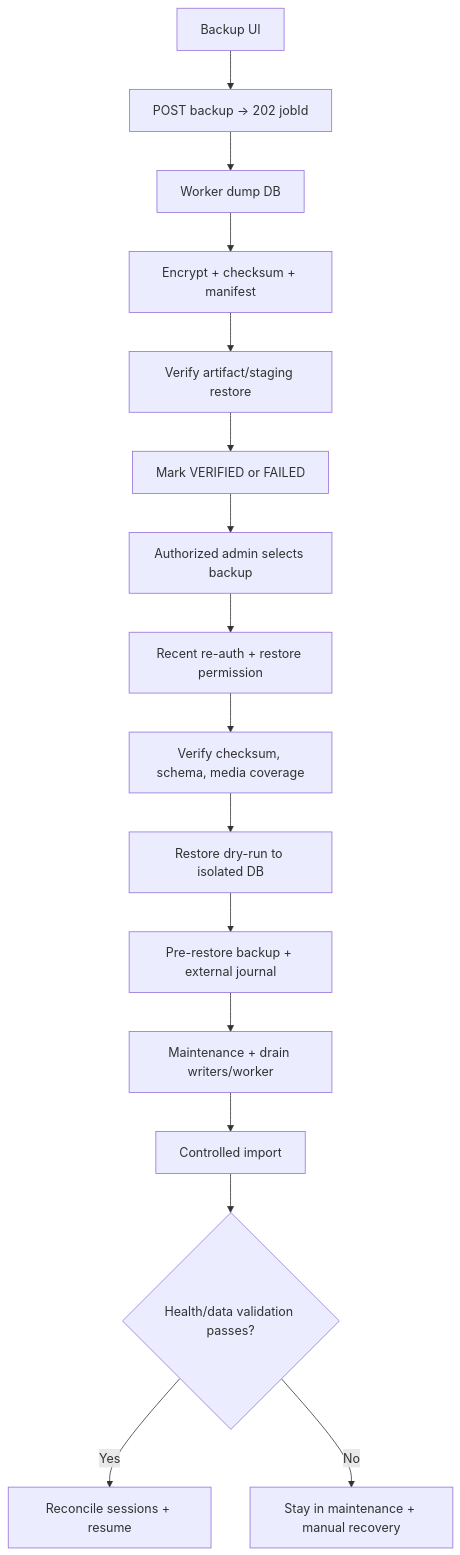
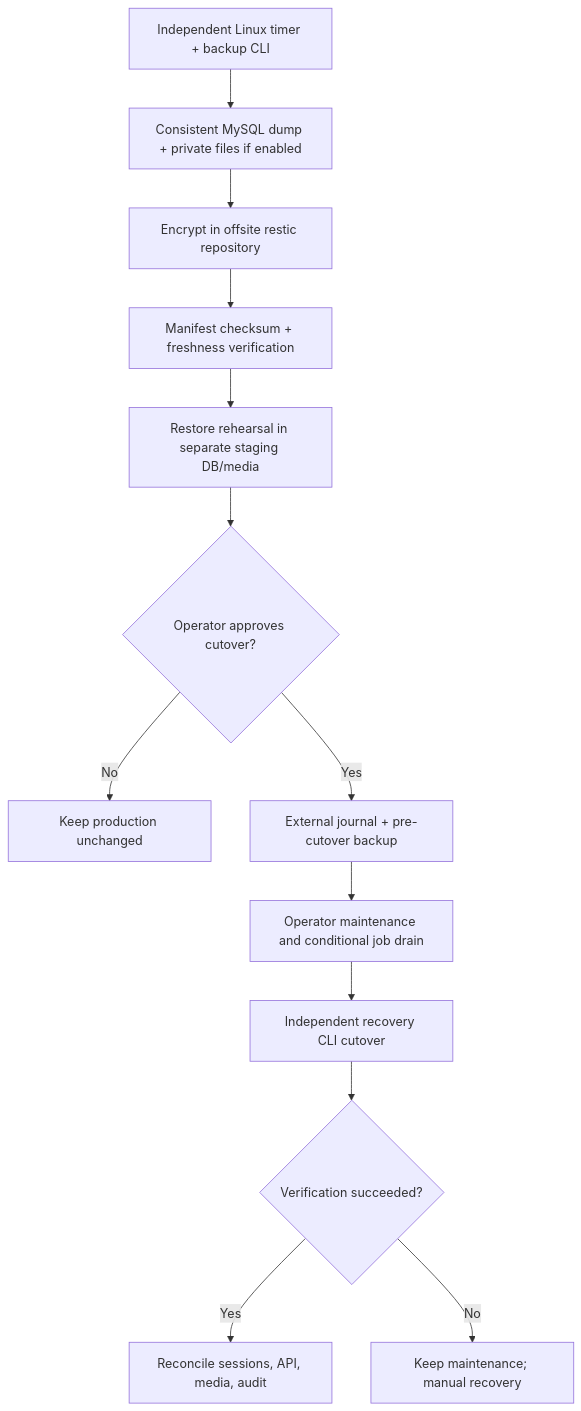
The third of 4 diagrams in docs/AFD.md (danangwijaya03/app-starter-kit), drawn with Mermaid before and after one commit. The commit also changed other lines of this file and 161 other files, not shown here.

Commit message:
docs(architecture): integrate modular core v2, updated references, and core-first task DAG

````diff
--- a/docs/AFD.md
+++ b/docs/AFD.md
@@ -124,18 +126,15 @@
 ```mermaid
 flowchart TD
- A[Backup UI] --> B[POST backup -> 202 jobId]
- B --> C[Worker dump DB]
- C --> D[Encrypt + checksum + manifest]
- D --> E[Verify artifact/staging restore]
- E --> F[Mark VERIFIED or FAILED]
- F --> G[Authorized admin selects backup]
- G --> H[Recent re-auth + restore permission]
- H --> I[Verify checksum, schema, media coverage]
- I --> J[Restore dry-run to isolated DB]
- J --> K[Pre-restore backup + external journal]
- K --> L[Maintenance + drain writers/worker]
- L --> M[Controlled import]
- M --> N{Health/data validation passes?}
- N -->|Yes| O[Reconcile sessions + resume]
- N -->|No| P[Stay in maintenance + manual recovery]
+ A[Independent Linux timer + backup CLI] --> B[Consistent MySQL dump + private files if enabled]
+ B --> C[Encrypt in offsite restic repository]
+ C --> D[Manifest checksum + freshness verification]
+ D --> E[Restore rehearsal in separate staging DB/media]
+ E --> F{Operator approves cutover?}
+ F -->|No| G[Keep production unchanged]
+ F -->|Yes| H[External journal + pre-cutover backup]
+ H --> I[Operator maintenance and conditional job drain]
+ I --> J[Independent recovery CLI cutover]
+ J --> K{Verification succeeded?}
+ K -->|Yes| L[Reconcile sessions, API, media, audit]
+ K -->|No| M[Keep maintenance; manual recovery]
 ```
````
